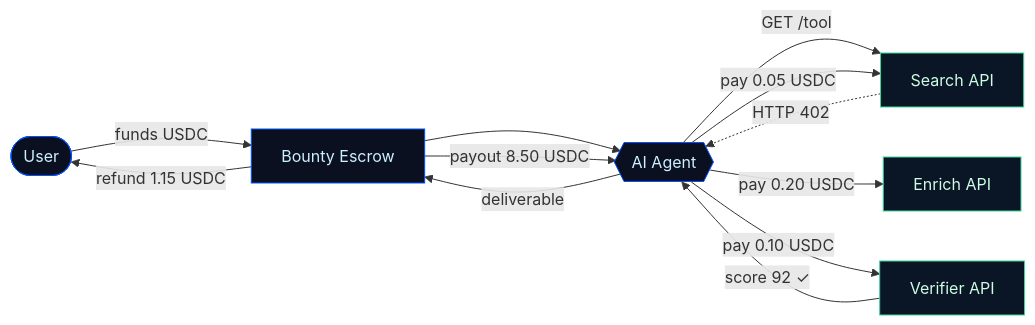
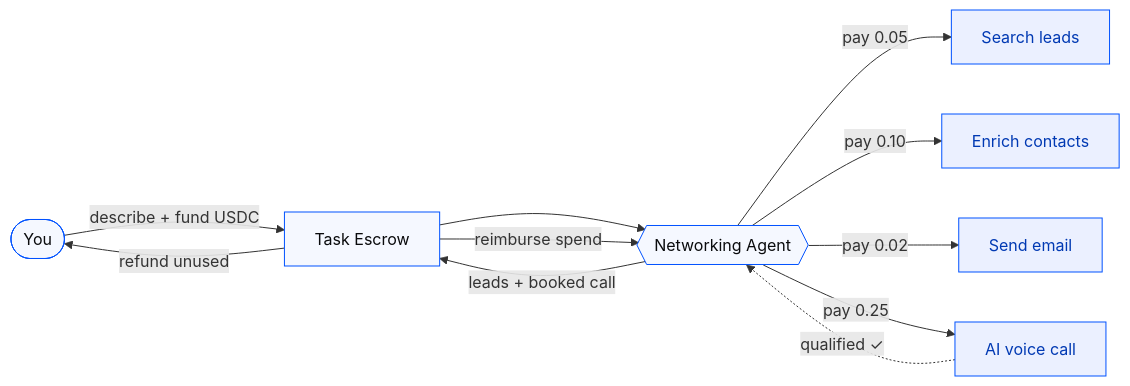
Before and after one commit to JuampiHernandez/networking_420: the diagram in deck/slides.md, drawn with Mermaid. The commit also changed other lines of this file and 14 other files, not shown here.

````diff
--- a/deck/slides.md
+++ b/deck/slides.md
@@ -195,18 +380,17 @@
-```mermaid {scale: 0.82}
+```mermaid {scale: 0.85}
 flowchart LR
-  U([User]) -->|funds USDC| E[Bounty Escrow]
-  E --> A{{AI Agent}}
-  A -->|GET /tool| T1[Search API]
-  T1 -.->|HTTP 402| A
-  A -->|pay 0.05 USDC| T1
-  A -->|pay 0.20 USDC| T2[Enrich API]
-  A -->|pay 0.10 USDC| V[Verifier API]
-  V -->|score 92 ✓| A
-  A -->|deliverable| E
-  E -->|payout 8.50 USDC| A
-  E -->|refund 1.15 USDC| U
-  classDef pay fill:#0a1626,stroke:#3ED598,color:#cffce4;
-  classDef core fill:#0a1020,stroke:#0052FF,color:#cdefff;
-  class T1,T2,V pay;
+  U([You]) -->|describe + fund USDC| E[Task Escrow]
+  E --> A{{Networking Agent}}
+  A -->|pay 0.05| T1[Search leads]
+  A -->|pay 0.10| T2[Enrich contacts]
+  A -->|pay 0.02| T3[Send email]
+  A -->|pay 0.25| T4[AI voice call]
+  T4 -.->|qualified ✓| A
+  A -->|leads + booked call| E
+  E -->|reimburse spend| A
+  E -->|refund unused| U
+  classDef pay fill:#EBF0FF,stroke:#0052FF,color:#0039B3;
+  classDef core fill:#F5F8FF,stroke:#0052FF,color:#0A0B0D;
+  class T1,T2,T3,T4 pay;
   class U,E,A core;
 ```
````
